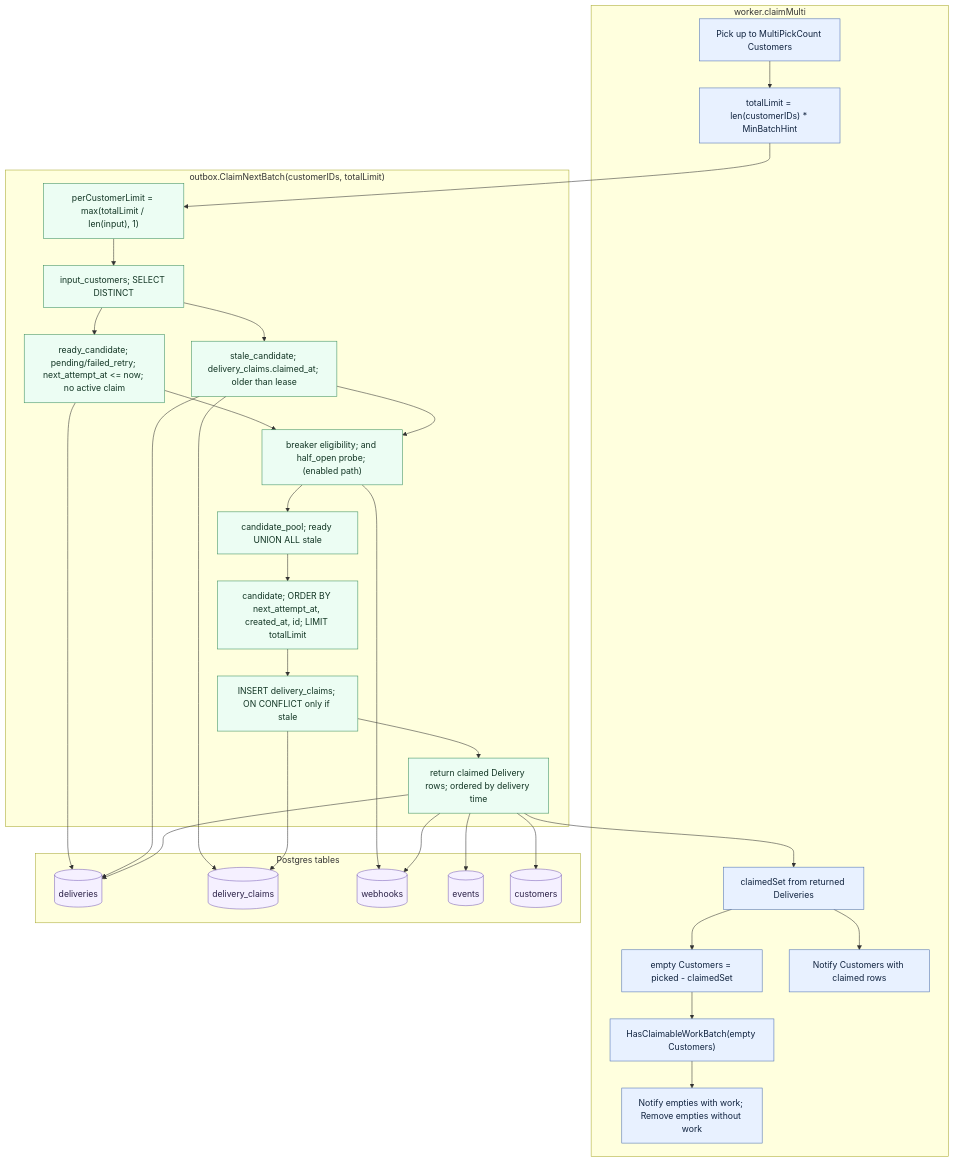
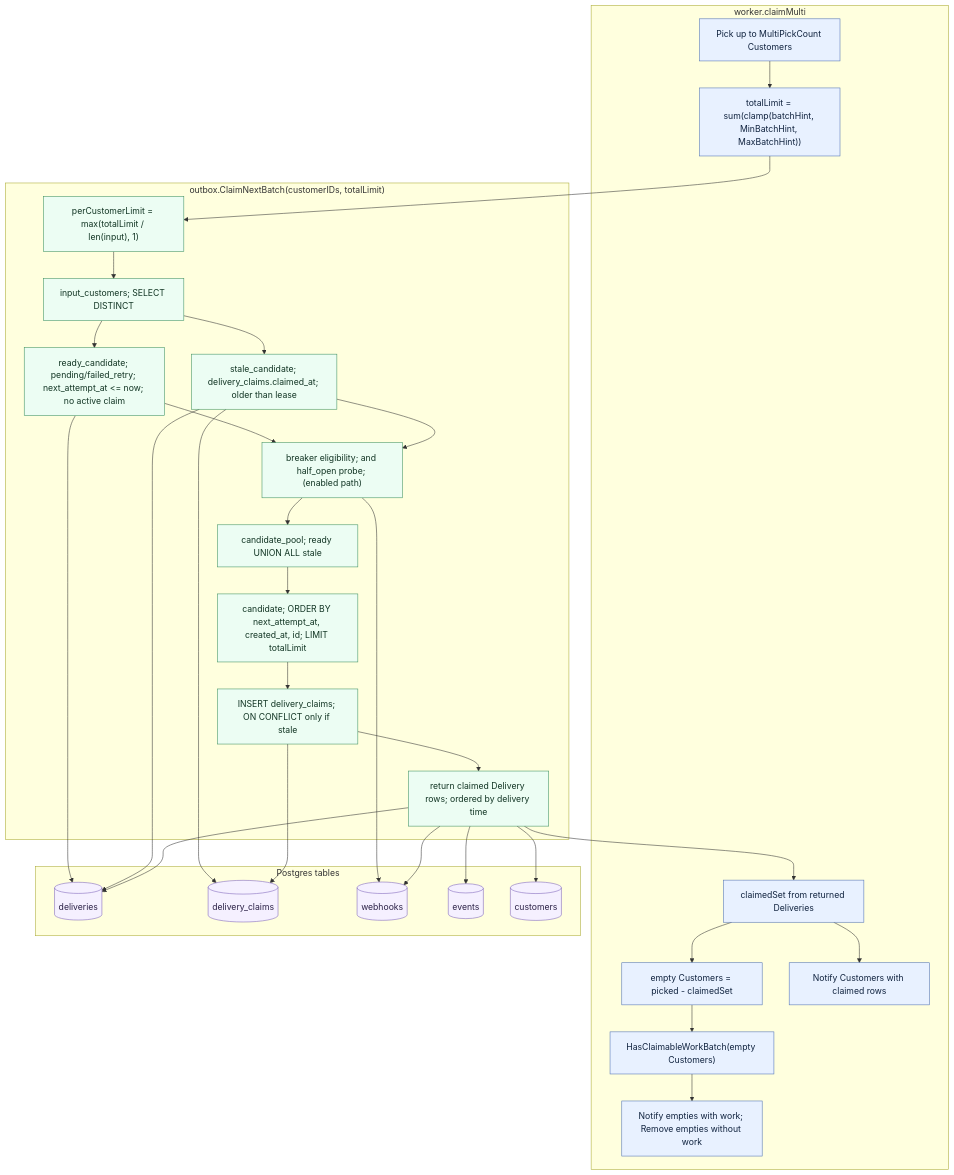
Before and after one commit to lvluu/webhook-notifier: the diagram in docs/animations/claim-next-batch.mmd, drawn with Mermaid. The commit also changed 12 other files, not shown here.

```diff
--- a/docs/animations/claim-next-batch.mmd
+++ b/docs/animations/claim-next-batch.mmd
@@ -1,74 +1,74 @@
 flowchart TD
     %% Animation intent:
     %% 1. claimMulti co-picks several Customers from the process-local Scheduler.
     %% 2. ClaimNextBatch computes a total limit and a per-Customer candidate cap.
     %% 3. SQL de-duplicates input Customers.
     %% 4. Each Customer contributes ready candidates and stale-claim candidates.
     %% 5. Optional breaker filtering/probe handling happens inside the claim SQL.
     %% 6. A final time-ordered cut chooses the batch; there is no per-Customer
     %%    return guarantee.
     %% 7. Worker re-notifies Customers that produced rows, checks empty Customers
     %%    with HasClaimableWorkBatch, then Notify/Remove keeps rotation accurate.
 
     subgraph Worker["worker.claimMulti"]
       P["Pick up to MultiPickCount Customers"]
-      TL["totalLimit = len(customerIDs) * MinBatchHint"]
+      TL["totalLimit = sum(clamp(batchHint, MinBatchHint, MaxBatchHint))"]
       CS["claimedSet from returned Deliveries"]
       E["empty Customers = picked - claimedSet"]
       HW["HasClaimableWorkBatch(empty Customers)"]
       RN["Notify Customers with claimed rows"]
       ER["Notify empties with work; Remove empties without work"]
     end
 
     subgraph SQL["outbox.ClaimNextBatch(customerIDs, totalLimit)"]
       PC["perCustomerLimit = max(totalLimit / len(input), 1)"]
       U["input_customers; SELECT DISTINCT"]
       RC["ready_candidate; pending/failed_retry; next_attempt_at <= now; no active claim"]
       SC["stale_candidate; delivery_claims.claimed_at; older than lease"]
       BF["breaker eligibility; and half_open probe; (enabled path)"]
       POOL["candidate_pool; ready UNION ALL stale"]
       CUT["candidate; ORDER BY next_attempt_at, created_at, id; LIMIT totalLimit"]
       INS["INSERT delivery_claims; ON CONFLICT only if stale"]
       RET["return claimed Delivery rows; ordered by delivery time"]
     end
 
     subgraph Tables["Postgres tables"]
       DV[("deliveries")]
       DC[("delivery_claims")]
       WH[("webhooks")]
       EV[("events")]
       CU[("customers")]
     end
 
     P --> TL
     TL --> PC
     PC --> U
     U --> RC
     U --> SC
     RC --> DV
     SC --> DC
     SC --> DV
     RC --> BF
     SC --> BF
     BF --> WH
     BF --> POOL
     POOL --> CUT
     CUT --> INS
     INS --> DC
     INS --> RET
     RET --> DV
     RET --> EV
     RET --> WH
     RET --> CU
     RET --> CS
     CS --> RN
     CS --> E
     E --> HW
     HW --> ER
 
     classDef worker fill:#e8f1ff,stroke:#4d6fb3,color:#10233f;
     classDef sql fill:#ecfdf3,stroke:#3b8f5f,color:#123524;
     classDef db fill:#f5f0ff,stroke:#7b61b8,color:#2b2147;
     class P,TL,CS,E,HW,RN,ER worker;
     class PC,U,RC,SC,BF,POOL,CUT,INS,RET sql;
     class DV,DC,WH,EV,CU db;
```
